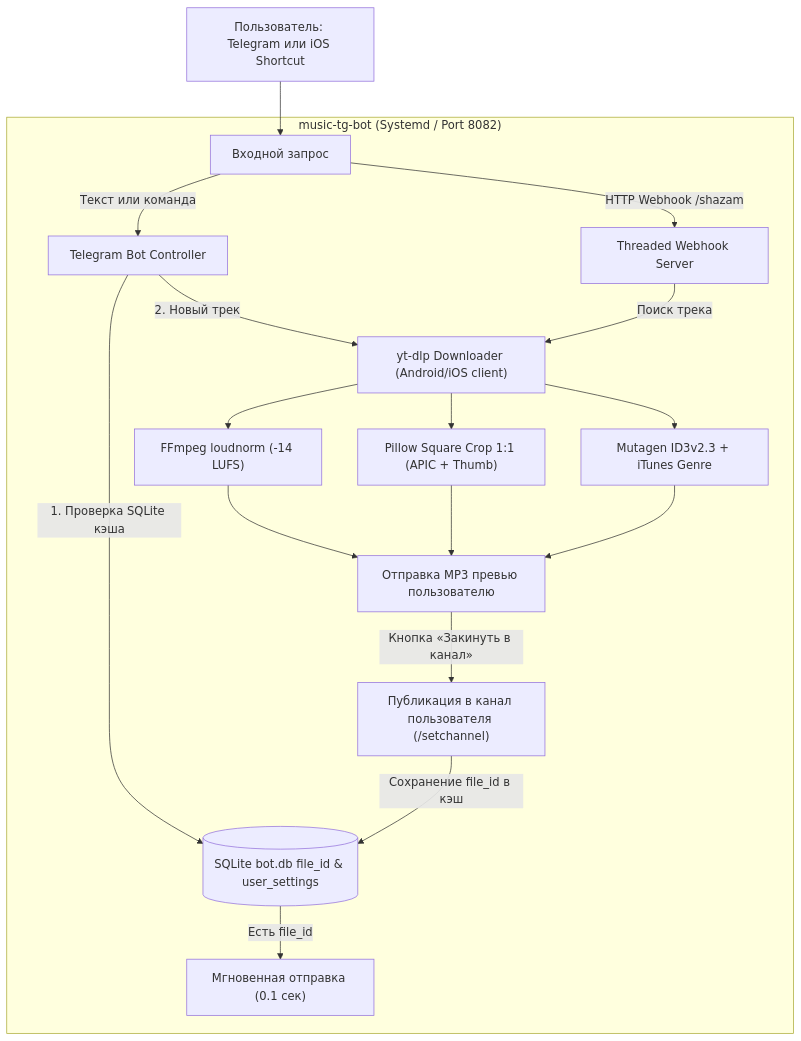
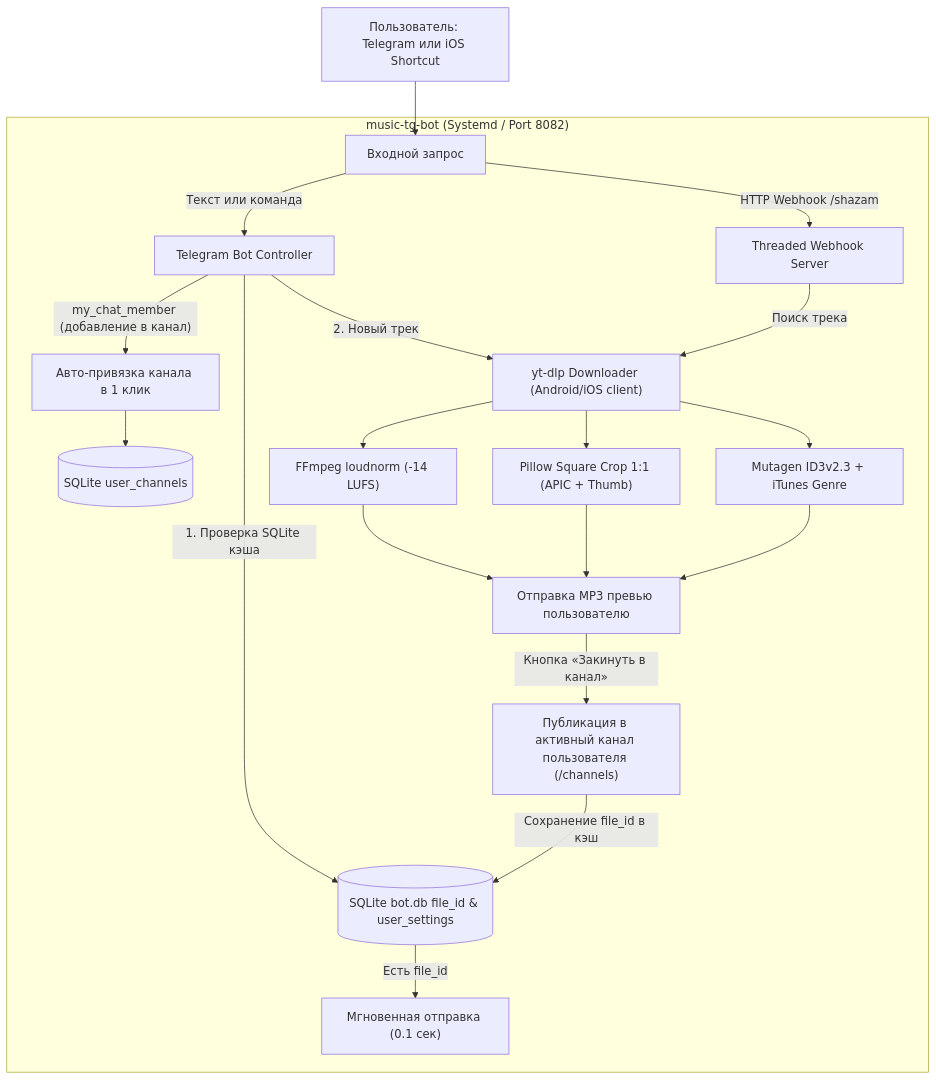
Before and after one commit to teddyxanya/music-tg-bot: the diagram in README.md, drawn with Mermaid. The commit also changed other lines of this file and 4 other files, not shown here.

Commit message:
feat: 1-click private channel connection via my_chat_member, channel picker menu, remove default channel

````diff
--- a/README.md
+++ b/README.md
@@ -69,26 +71,29 @@
 ```mermaid
 flowchart TD
     User["Пользователь: Telegram или iOS Shortcut"] --> Ingress["Входной запрос"]
     
     subgraph Service["music-tg-bot (Systemd / Port 8082)"]
         Ingress -->|"Текст или команда"| TG["Telegram Bot Controller"]
         Ingress -->|"HTTP Webhook /shazam"| WH["Threaded Webhook Server"]
+        
+        TG -->|"my_chat_member (добавление в канал)"| AutoConnect["Авто-привязка канала в 1 клик"]
+        AutoConnect --> UserChannels[("SQLite user_channels")]
         
         TG -->|"1. Проверка SQLite кэша"| Cache[("SQLite bot.db file_id & user_settings")]
         Cache -->|"Есть file_id"| QuickSend["Мгновенная отправка (0.1 сек)"]
         
         TG -->|"2. Новый трек"| Downloader["yt-dlp Downloader (Android/iOS client)"]
         WH -->|"Поиск трека"| Downloader
         
         Downloader --> AudioProcess["FFmpeg loudnorm (-14 LUFS)"]
         Downloader --> CoverProcess["Pillow Square Crop 1:1 (APIC + Thumb)"]
         Downloader --> TagEngine["Mutagen ID3v2.3 + iTunes Genre"]
         
         AudioProcess --> Preview["Отправка MP3 превью пользователю"]
         CoverProcess --> Preview
         TagEngine --> Preview
         
-        Preview -->|"Кнопка «Закинуть в канал»"| ChannelPost["Публикация в канал пользователя (/setchannel)"]
+        Preview -->|"Кнопка «Закинуть в канал»"| ChannelPost["Публикация в активный канал пользователя (/channels)"]
         ChannelPost -->|"Сохранение file_id в кэш"| Cache
     end
 ```
````
